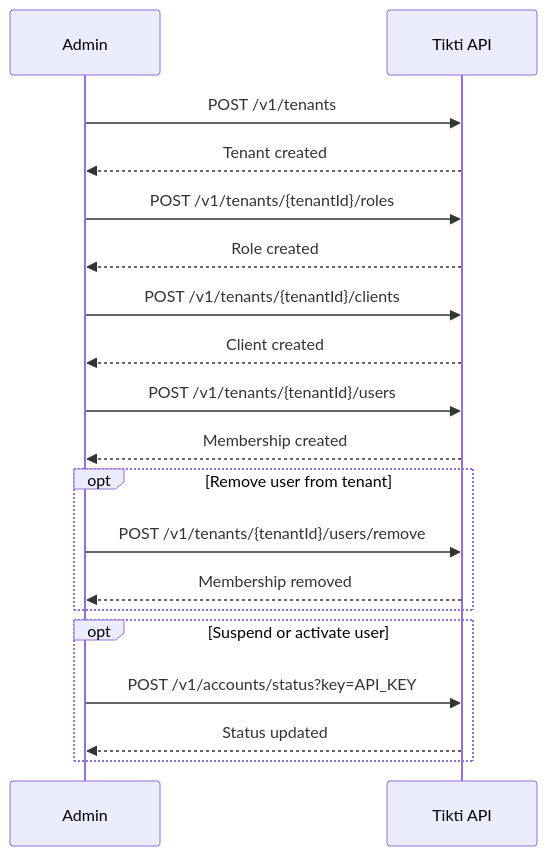
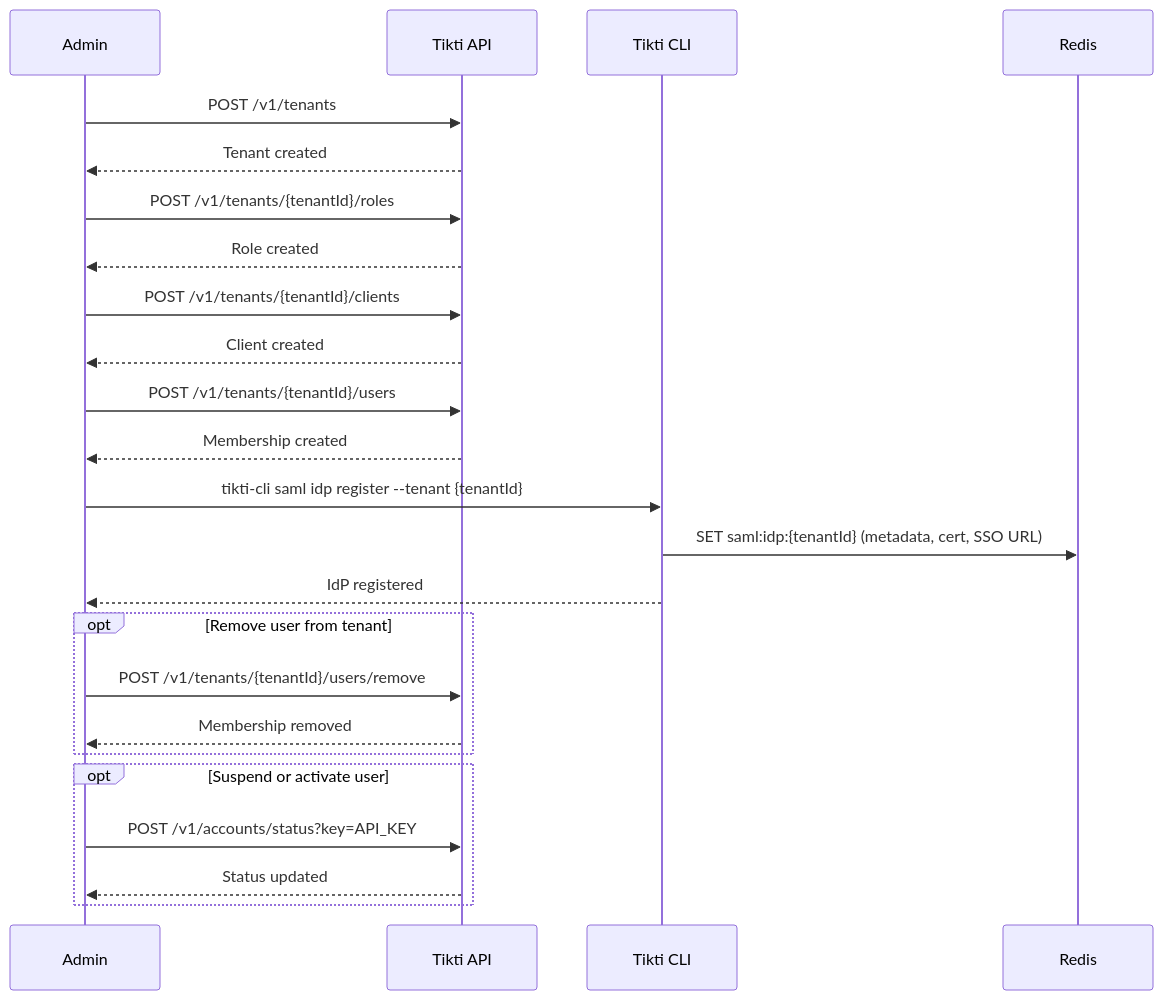
Before and after one commit to osvaldoandrade/tikti: the diagram in wiki/Use-Cases-Tenant-Admin-Lifecycle.md, drawn with Mermaid. The commit also changed other lines of this file and 40 other files, not shown here.

````diff
--- a/wiki/Use-Cases-Tenant-Admin-Lifecycle.md
+++ b/wiki/Use-Cases-Tenant-Admin-Lifecycle.md
@@ -26,22 +27,27 @@
 ```mermaid
 sequenceDiagram
     participant A as Admin
     participant T as Tikti API
+    participant C as Tikti CLI
+    participant R as Redis
 
     A->>T: POST /v1/tenants
     T-->>A: Tenant created
     A->>T: POST /v1/tenants/{tenantId}/roles
     T-->>A: Role created
     A->>T: POST /v1/tenants/{tenantId}/clients
     T-->>A: Client created
     A->>T: POST /v1/tenants/{tenantId}/users
     T-->>A: Membership created
+    A->>C: tikti-cli saml idp register --tenant {tenantId}
+    C->>R: SET saml:idp:{tenantId} (metadata, cert, SSO URL)
+    C-->>A: IdP registered
     opt Remove user from tenant
         A->>T: POST /v1/tenants/{tenantId}/users/remove
         T-->>A: Membership removed
     end
     opt Suspend or activate user
         A->>T: POST /v1/accounts/status?key=API_KEY
         T-->>A: Status updated
     end
 ```
````
